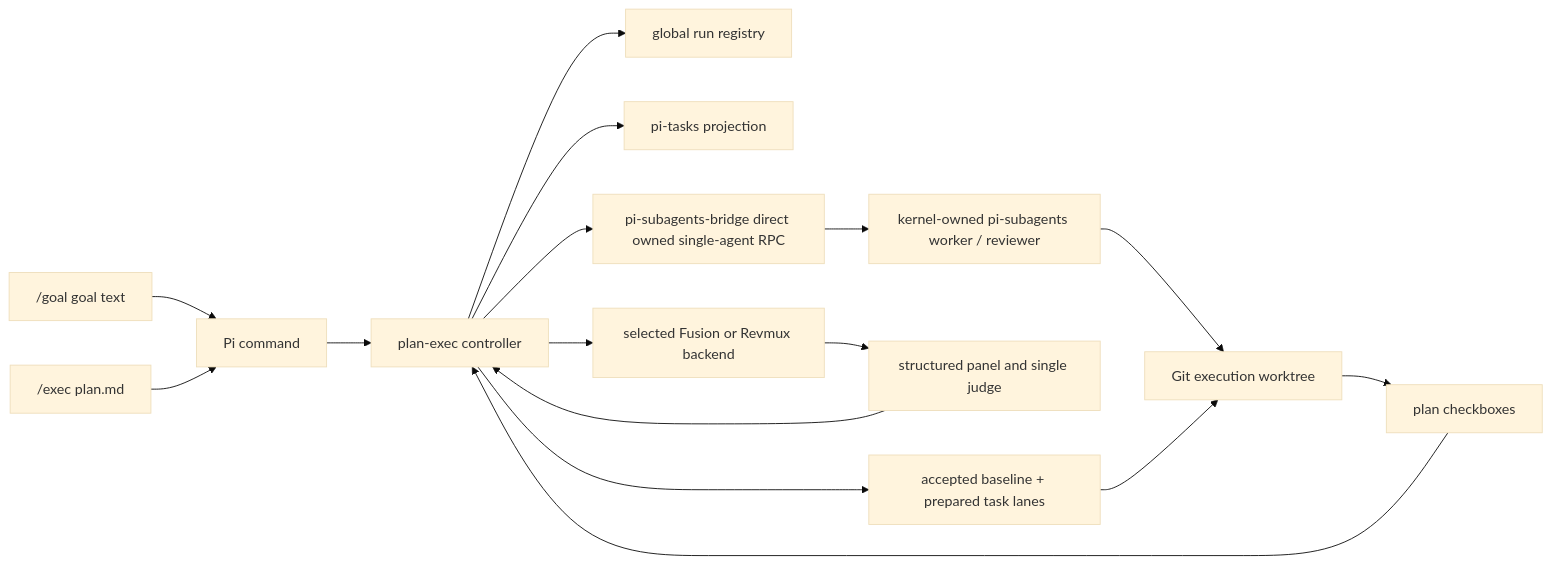
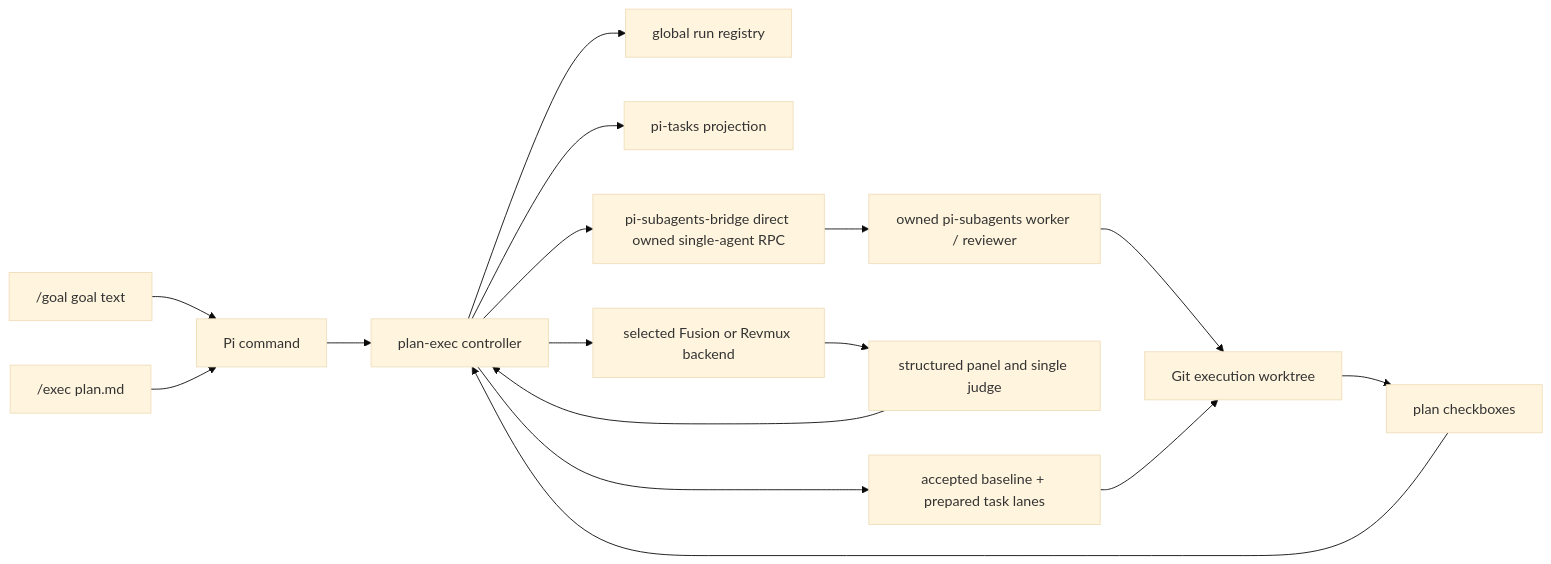
One commit to alexei-led/pi-plan-exec changed the diagram in docs/architecture.md. Above: the diagram before and after it, drawn with Mermaid (base theme). The commit also changed other lines of this file and 4 other files, not shown here.

````diff
--- a/docs/architecture.md
+++ b/docs/architecture.md
@@ -60,18 +60,18 @@
 ```mermaid
 flowchart LR
     goal["/goal goal text"] --> command[Pi command]
     user["/exec plan.md"] --> command[Pi command]
     command --> controller[plan-exec controller]
     controller --> registry["global run registry"]
     controller --> projection[pi-tasks projection]
     controller --> bridge[pi-subagents-bridge direct owned single-agent RPC]
-    bridge --> agents["kernel-owned pi-subagents worker / reviewer"]
+    bridge --> agents["owned pi-subagents worker / reviewer"]
     controller --> fusion[selected Fusion or Revmux backend]
     fusion --> panel[structured panel and single judge]
     agents --> worktree[Git execution worktree]
     panel --> controller
     worktree --> plan[plan checkboxes]
     plan --> controller
     controller --> lanes[accepted baseline + prepared task lanes]
     lanes --> worktree
 ```
````
